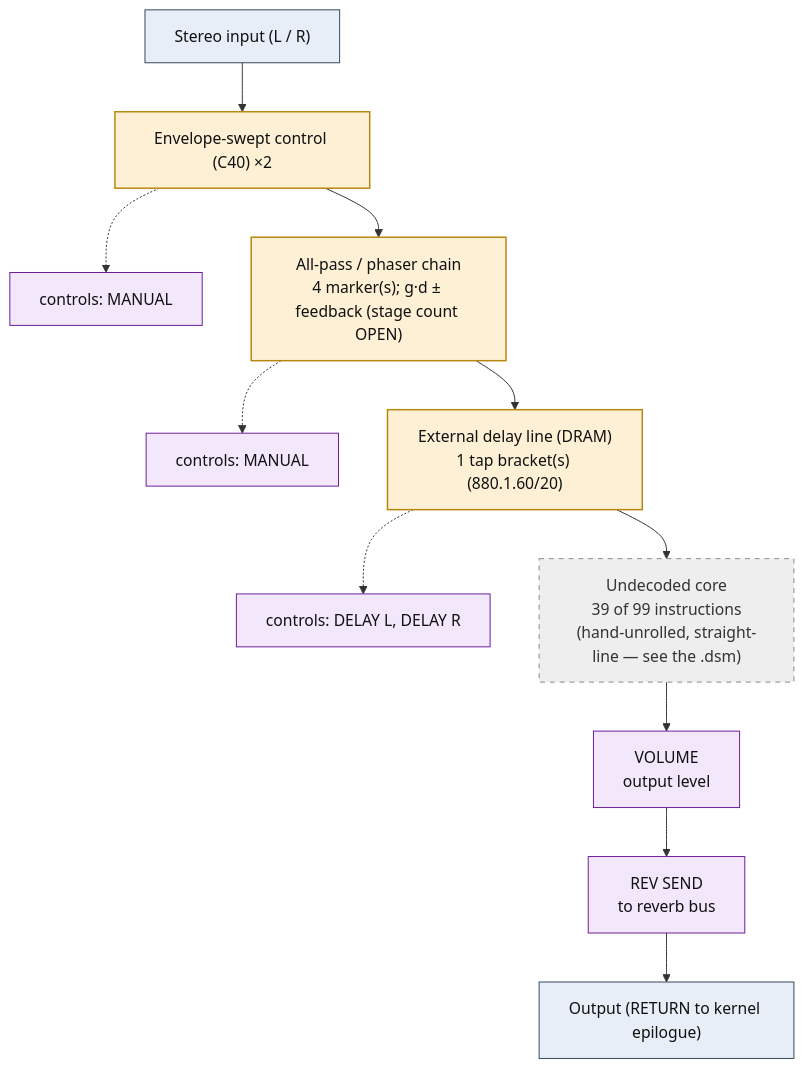
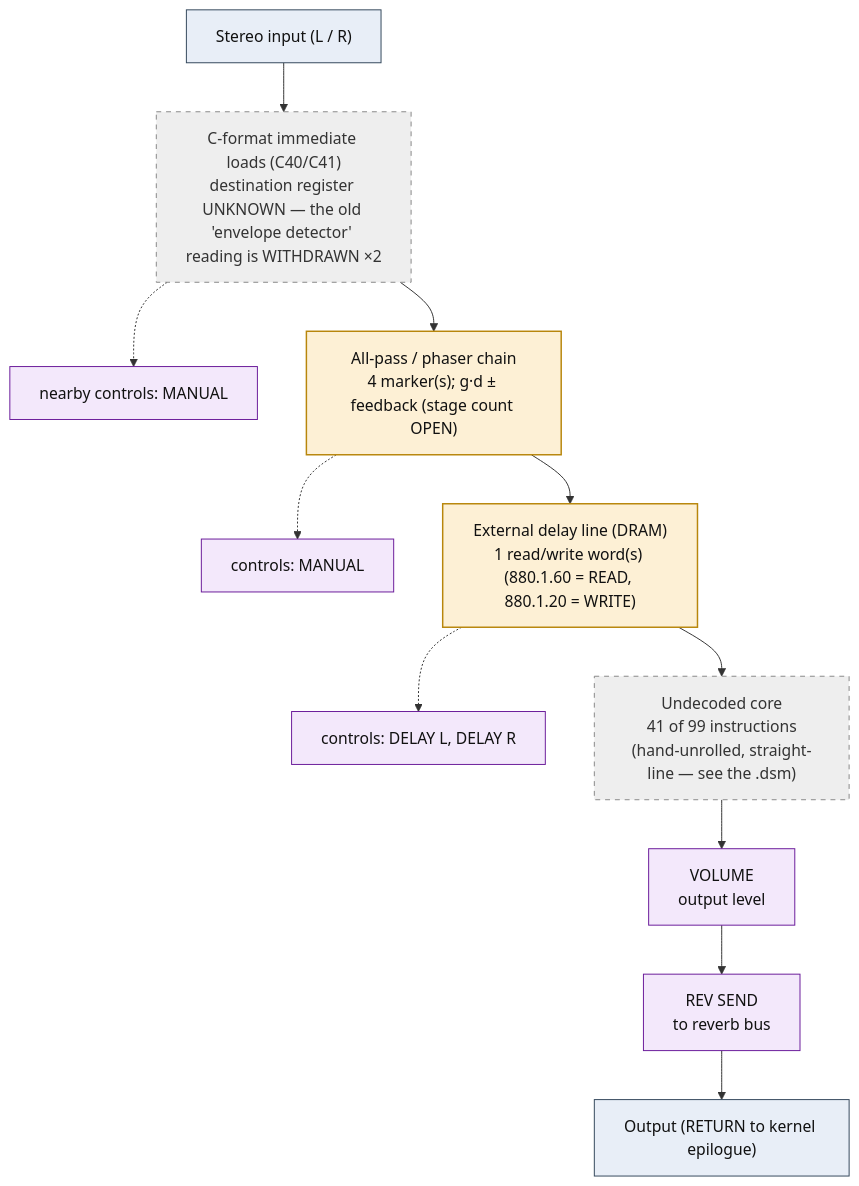
The diagram in dsp/flowcharts/prog03_enhancer.md (ArqueologiaDigital/kn5000-roms-disasm), drawn with Mermaid before and after one commit. The commit also changed other lines of this file and 86 other files, not shown here.

````diff
--- a/dsp/flowcharts/prog03_enhancer.md
+++ b/dsp/flowcharts/prog03_enhancer.md
@@ -12,35 +12,35 @@
 ```mermaid
 flowchart TD
     N0["Stereo input (L / R)"]
-    N1["Envelope-swept control (C40) &times;2"]
+    N1["C-format immediate loads (C40/C41)<br/>destination register UNKNOWN &mdash; the old 'envelope detector' reading is WITHDRAWN &times;2"]
     N0 --> N1
-    N2["controls: MANUAL"]
+    N2["nearby controls: MANUAL"]
     N1 -.-> N2
     N3["All-pass / phaser chain<br/>4 marker(s); g&middot;d &plusmn; feedback (stage count OPEN)"]
     N1 --> N3
     N4["controls: MANUAL"]
     N3 -.-> N4
-    N5["External delay line (DRAM)<br/>1 tap bracket(s) (880.1.60/20)"]
+    N5["External delay line (DRAM)<br/>1 read/write word(s) (880.1.60 = READ, 880.1.20 = WRITE)"]
     N3 --> N5
     N6["controls: DELAY L, DELAY R"]
     N5 -.-> N6
-    N7["Undecoded core<br/>39 of 99 instructions<br/>(hand-unrolled, straight-line &mdash; see the .dsm)"]
+    N7["Undecoded core<br/>41 of 99 instructions<br/>(hand-unrolled, straight-line &mdash; see the .dsm)"]
     N5 --> N7
     N8["VOLUME<br/>output level"]
     N7 --> N8
     N9["REV SEND<br/>to reverb bus"]
     N8 --> N9
     N10["Output (RETURN to kernel epilogue)"]
     N9 --> N10
 
     classDef io fill:#e8eef7,stroke:#33475b,stroke-width:1px,color:#111;
     classDef proven fill:#d7f0d7,stroke:#2e7d32,stroke-width:2px,color:#111;
     classDef measured fill:#dbe9fb,stroke:#1565c0,stroke-width:1.5px,color:#111;
     classDef inferred fill:#fdf0d5,stroke:#b8860b,stroke-width:1.5px,color:#111;
     classDef open fill:#eeeeee,stroke:#888,stroke-width:1px,color:#333,stroke-dasharray:5 5;
     classDef ctrl fill:#f3e8fb,stroke:#6a1b9a,stroke-width:1px,color:#111;
     class N0,N10 io;
-    class N1,N3,N5 inferred;
+    class N1,N7 open;
     class N2,N4,N6,N8,N9 ctrl;
-    class N7 open;
+    class N3,N5 inferred;
 ```
````
